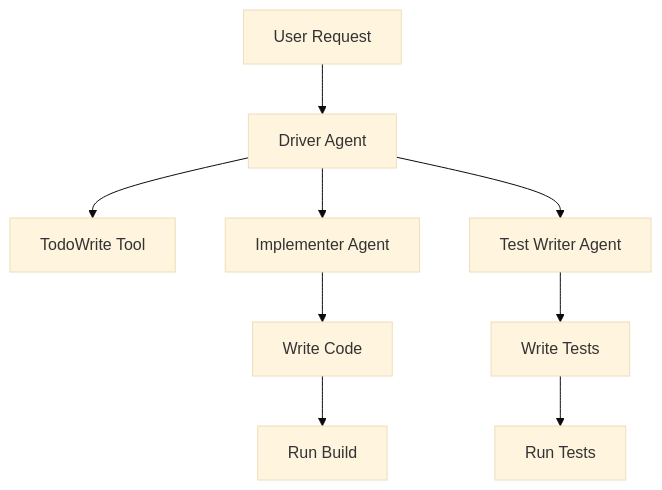
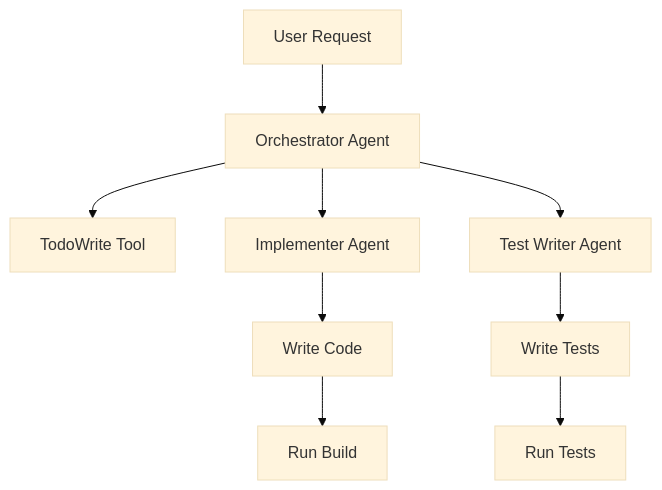
The diagram in packages/examples/coding-team/README.md (nielspeter/agent-orchestration-system), drawn with Mermaid (base theme) before and after one commit. The commit also changed other lines of this file and 7 other files, not shown here.

First line of the commit message:
refactor(coding-team): rename driver agent to orchestrator

````diff
--- a/packages/examples/coding-team/README.md
+++ b/packages/examples/coding-team/README.md
@@ -9,11 +9,11 @@
 ```mermaid
 graph TD
-    User[User Request] --> Driver[Driver Agent]
-    Driver --> Todo[TodoWrite Tool]
-    Driver --> Impl[Implementer Agent]
-    Driver --> Test[Test Writer Agent]
+    User[User Request] --> Orchestrator[Orchestrator Agent]
+    Orchestrator --> Todo[TodoWrite Tool]
+    Orchestrator --> Impl[Implementer Agent]
+    Orchestrator --> Test[Test Writer Agent]
     Impl --> Code[Write Code]
     Test --> Tests[Write Tests]
     Code --> Shell1[Run Build]
     Tests --> Shell2[Run Tests]
 ```
````
